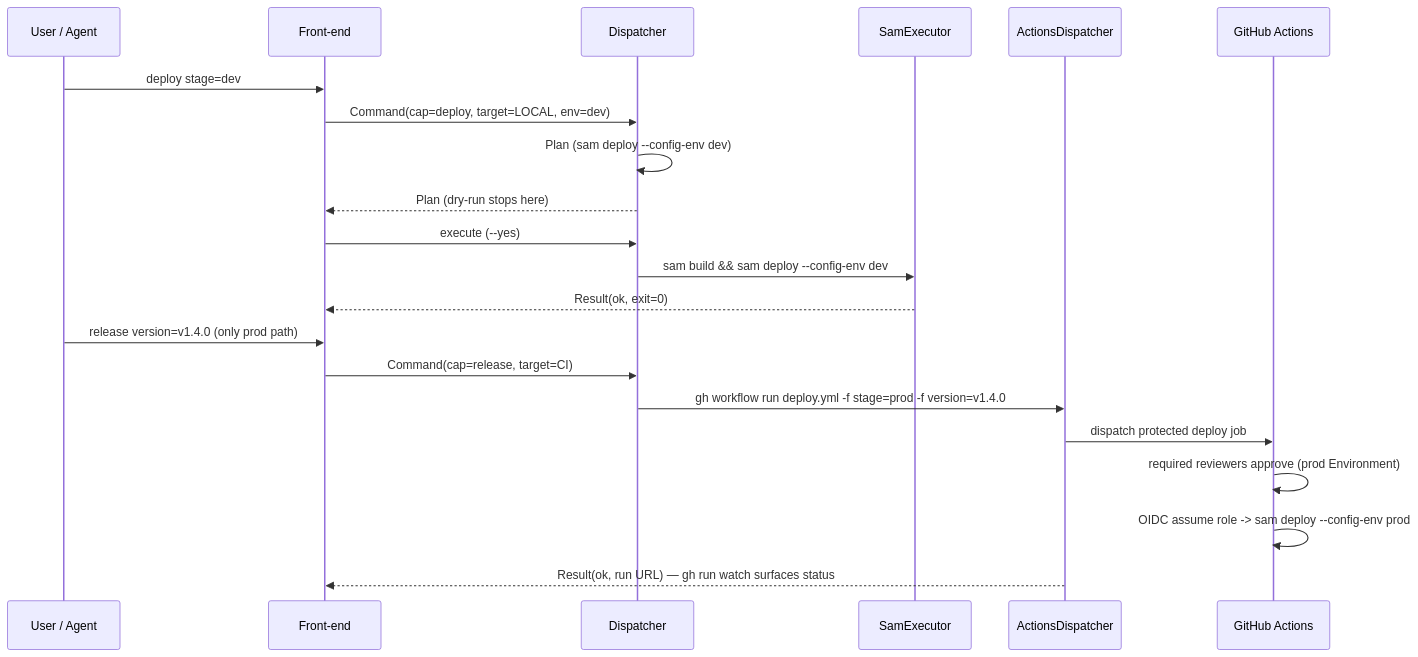
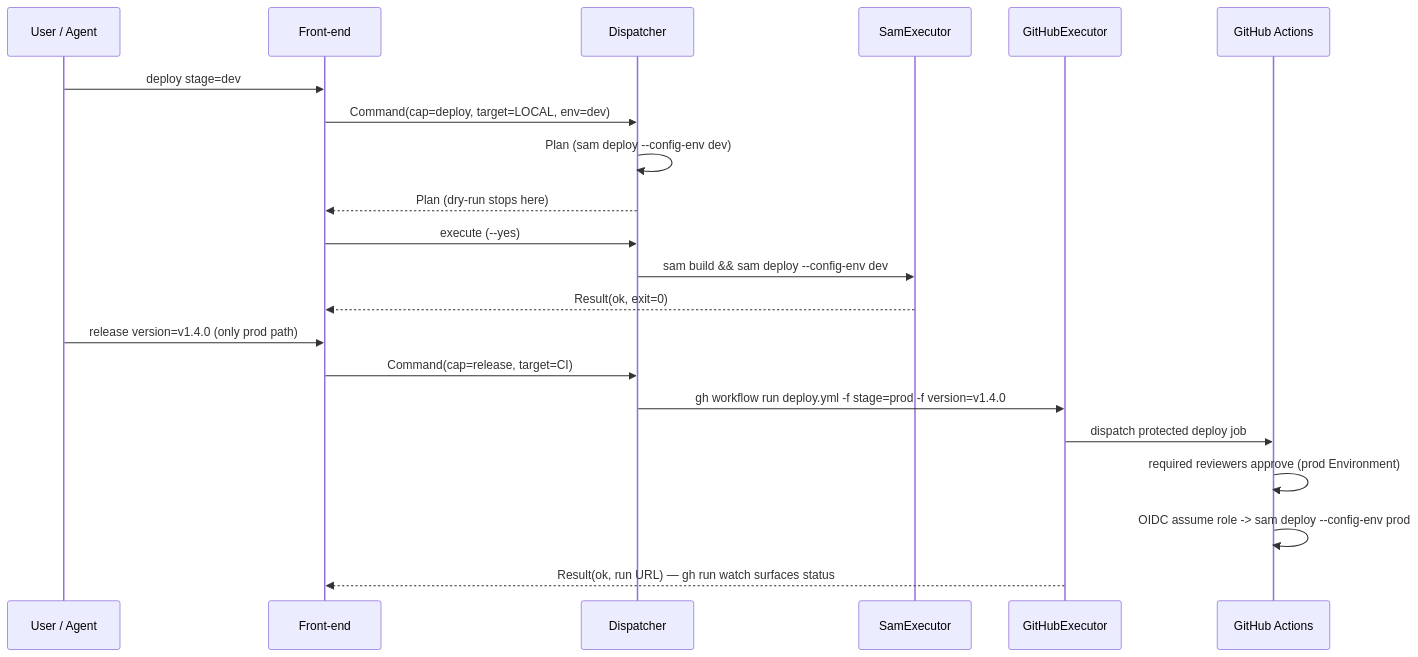
Before and after one commit to RyanYCT/bdo-market-insights: the second of 2 diagrams in .kiro/specs/deploy-control-plane/design.md, drawn with Mermaid. The commit also changed other lines of this file and 3 other files, not shown here.

````diff
--- a/.kiro/specs/deploy-control-plane/design.md
+++ b/.kiro/specs/deploy-control-plane/design.md
@@ -107,25 +133,25 @@
 ```mermaid
 sequenceDiagram
     participant U as User / Agent
     participant F as Front-end
     participant D as Dispatcher
     participant S as SamExecutor
-    participant A as ActionsDispatcher
+    participant A as GitHubExecutor
     participant G as GitHub Actions
 
     U->>F: deploy stage=dev
     F->>D: Command(cap=deploy, target=LOCAL, env=dev)
     D->>D: Plan (sam deploy --config-env dev)
     D-->>F: Plan (dry-run stops here)
     F->>D: execute (--yes)
     D->>S: sam build && sam deploy --config-env dev
     S-->>F: Result(ok, exit=0)
 
     U->>F: release version=v1.4.0  (only prod path)
     F->>D: Command(cap=release, target=CI)
     D->>A: gh workflow run deploy.yml -f stage=prod -f version=v1.4.0
     A->>G: dispatch protected deploy job
     G->>G: required reviewers approve (prod Environment)
     G->>G: OIDC assume role -> sam deploy --config-env prod
     A-->>F: Result(ok, run URL) — gh run watch surfaces status
 ```
````
